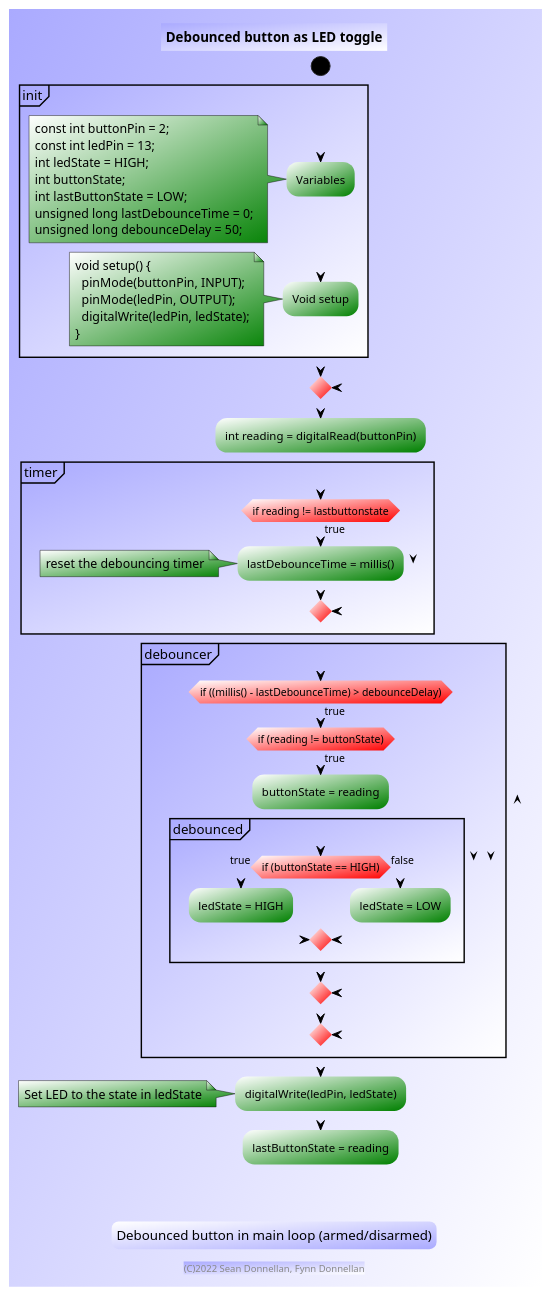
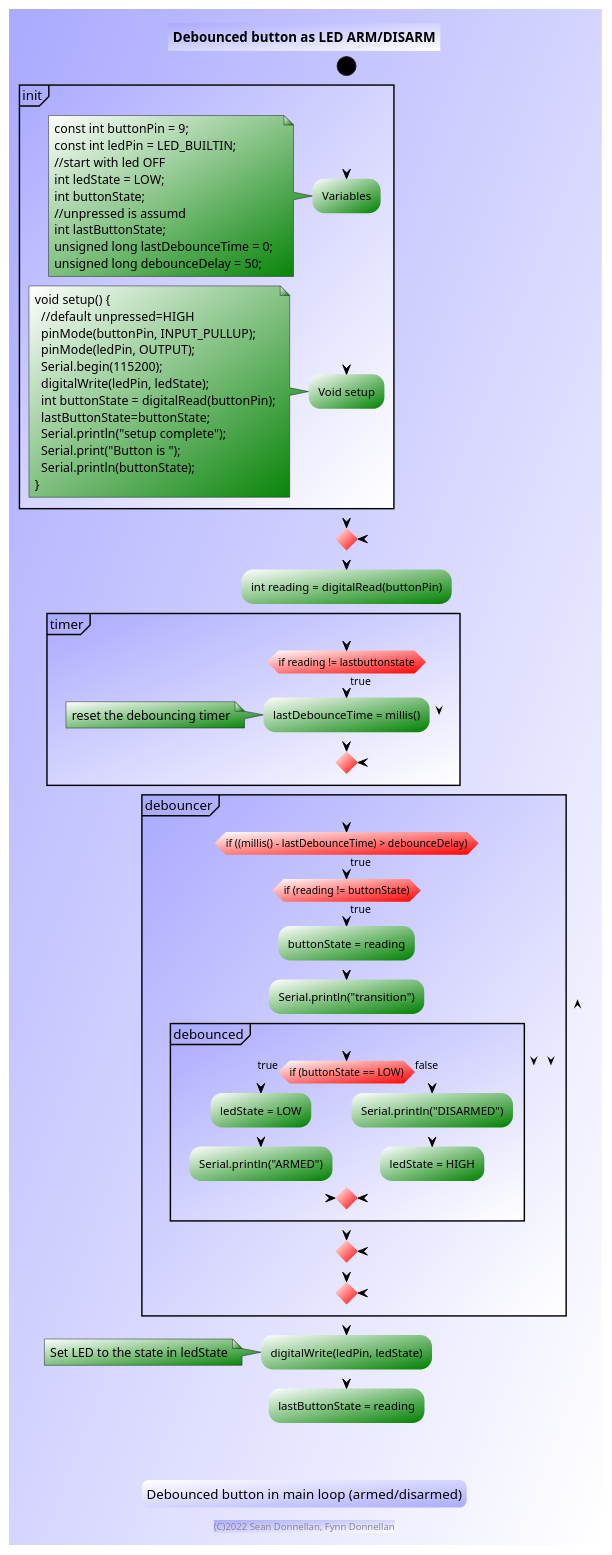
One commit to donnels/kerbal-control changed the diagram in images/debounce2.plantuml. Above: the diagram before and after it, drawn with PlantUML. The commit also changed 1 other file, not shown here.

```diff
--- a/images/debounce2.plantuml
+++ b/images/debounce2.plantuml
@@ -1,81 +1,93 @@
 @startuml
-title Debounced button as LED toggle
+title Debounced button as LED ARM/DISARM
 footer (C)2022 Sean Donnellan, Fynn Donnellan
 
 skinparam activity {
   StartColor black
   BarColor black/blue
   EndColor black
   BackgroundColor #fff/green
   DiamondBackgroundColor #fff/red
   BorderColor black
   BorderThickness 0
 }
 skinparam note {
   BackgroundColor #fff/green
 }
 skinparam ArrowColor black
 skinparam BackgroundColor #aaf/fff
 skinparam legendBackgroundColor #fff/aaf
 skinparam LegendBorderThickness 0
 skinparam PartitionBackgroundColor #aaf/fff
 
 start
   partition init {
     :Variables;
     note left
-      const int buttonPin = 2;
-      const int ledPin = 13;
-      int ledState = HIGH;
-      int buttonState;
-      int lastButtonState = LOW;
-      unsigned long lastDebounceTime = 0;
-      unsigned long debounceDelay = 50;
+      const int buttonPin = 9;    
+      const int ledPin = LED_BUILTIN;    
+      //start with led OFF  
+      int ledState = LOW;        
+      int buttonState; 
+      //unpressed is assumd            
+      int lastButtonState;   
+      unsigned long lastDebounceTime = 0;  
+      unsigned long debounceDelay = 50; 
     end note
     :Void setup;
     note left
       void setup() {
-        pinMode(buttonPin, INPUT);
+        //default unpressed=HIGH
+        pinMode(buttonPin, INPUT_PULLUP);
         pinMode(ledPin, OUTPUT);
+        Serial.begin(115200);
         digitalWrite(ledPin, ledState);
+        int buttonState = digitalRead(buttonPin);
+        lastButtonState=buttonState;
+        Serial.println("setup complete");
+        Serial.print("Button is ");
+        Serial.println(buttonState);
       }
     end note
   }
 	repeat
 	  :int reading = digitalRead(buttonPin);
     partition timer {
       if (if reading != lastbuttonstate) then (true)
 	    :lastDebounceTime = millis();
       note left
         reset the debouncing timer
       end note
       endif
     }
     partition debouncer {
       if (if ((millis() - lastDebounceTime) > debounceDelay)) then (true)
         if (if (reading != buttonState)) then (true)
           :buttonState = reading;
+          :Serial.println("transition");
 	        partition debounced {
-          	if (if (buttonState == HIGH)) then (true)
-            		:ledState = HIGH;
+          	if (if (buttonState == LOW)) then (true)
+            	:ledState = LOW;
+              :Serial.println("ARMED");
             else (false)
-            		:ledState = LOW;
+              :Serial.println("DISARMED");
+              :ledState = HIGH;
           	endif
 	        }
         endif
       endif
     }
     :digitalWrite(ledPin, ledState);
     note left
     	Set LED to the state in ledState
     end note
     :lastButtonState = reading;
  
 
 legend
 Debounced button in main loop (armed/disarmed)
 end legend
 
 
 
 @enduml
```
